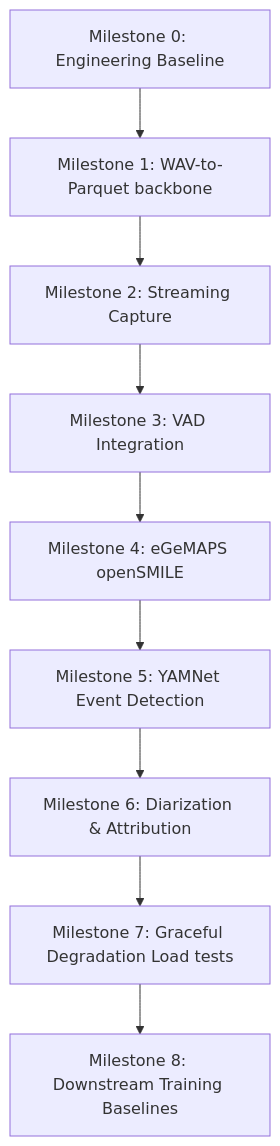
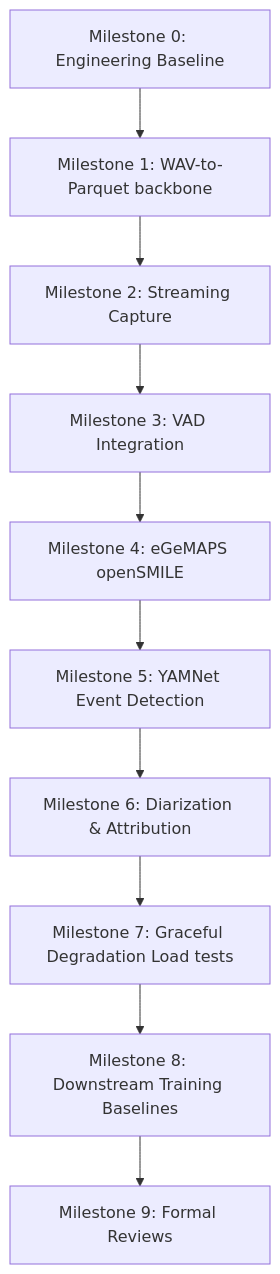
Before and after one commit to Abhigyan-Shekhar/odu-audio: the diagram in README.md, drawn with Mermaid. The commit also changed other lines of this file and 6 other files, not shown here.

First line of the commit message:
Milestone 9: Formal Reviews

````diff
--- a/README.md
+++ b/README.md
@@ -113,11 +113,12 @@
 ```mermaid
 graph TD
     M0[Milestone 0: Engineering Baseline] --> M1[Milestone 1: WAV-to-Parquet backbone]
     M1 --> M2[Milestone 2: Streaming Capture]
     M2 --> M3[Milestone 3: VAD Integration]
     M3 --> M4[Milestone 4: eGeMAPS openSMILE]
     M4 --> M5[Milestone 5: YAMNet Event Detection]
     M5 --> M6[Milestone 6: Diarization & Attribution]
     M6 --> M7[Milestone 7: Graceful Degradation Load tests]
     M7 --> M8[Milestone 8: Downstream Training Baselines]
+    M8 --> M9[Milestone 9: Formal Reviews]
 ```
````
